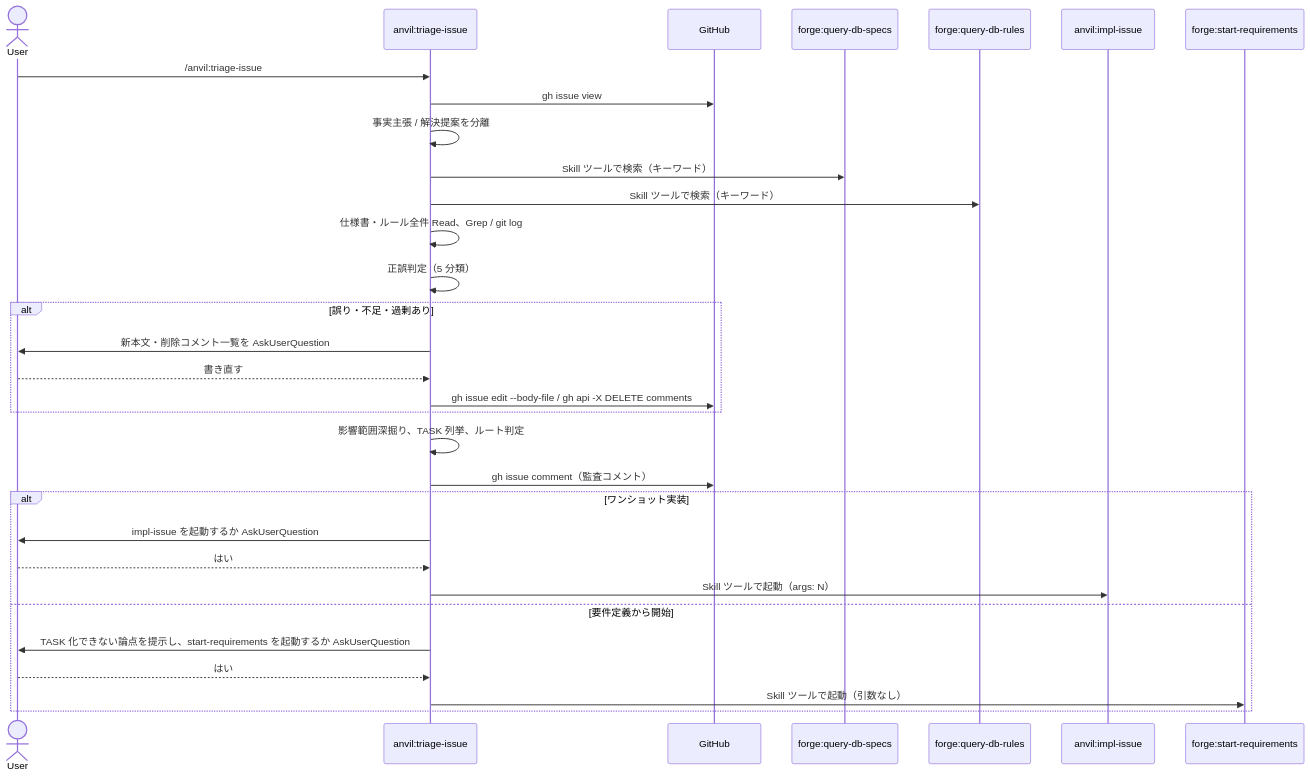
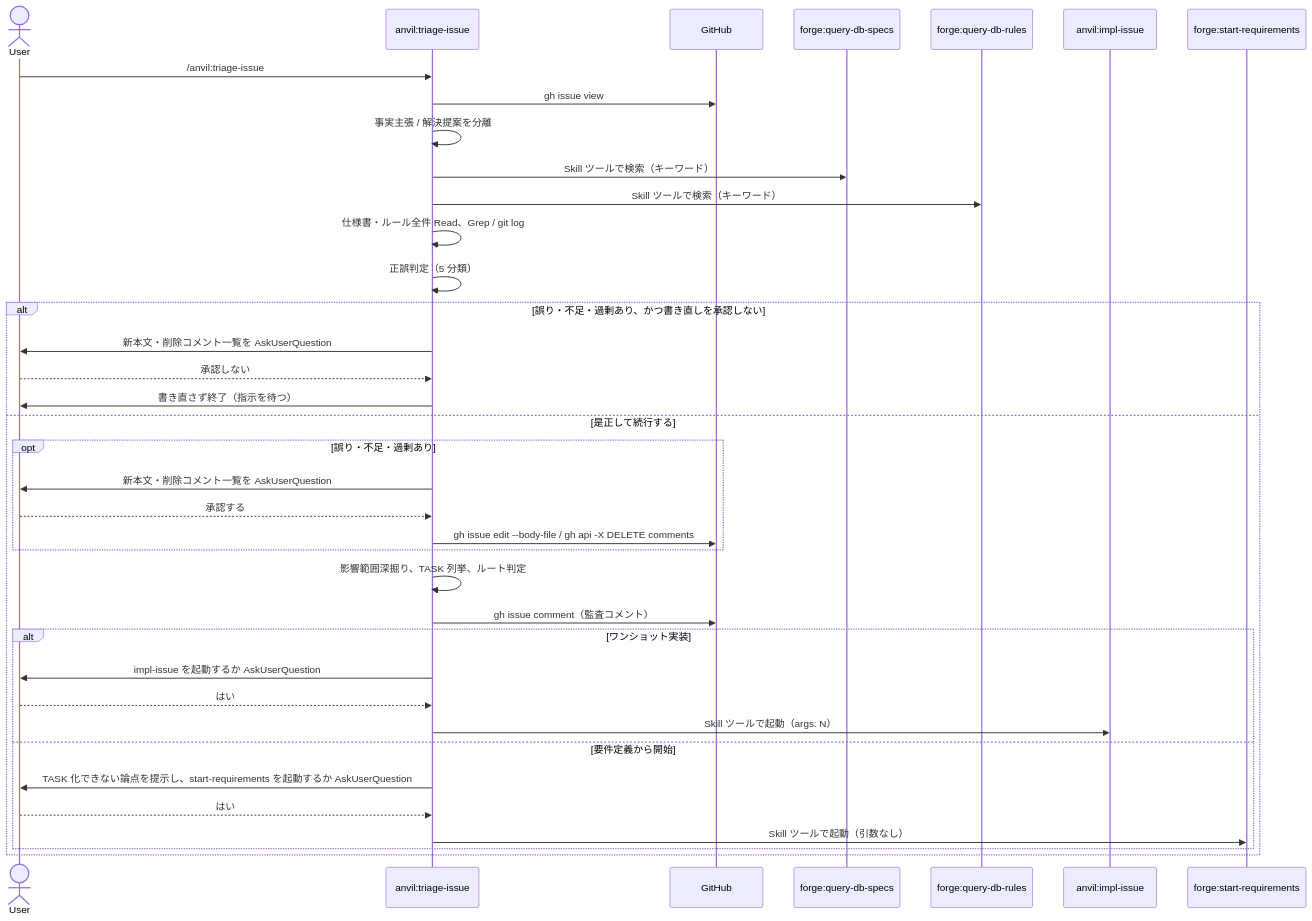
Before and after one commit to BlueEventHorizon/bw-cc-plugins: the second of 4 diagrams in docs/specs/anvil/design/DES-025_issue_driven_flow_design.md, drawn with Mermaid. The commit also changed other lines of this file and 9 other files, not shown here.

````diff
--- a/docs/specs/anvil/design/DES-025_issue_driven_flow_design.md
+++ b/docs/specs/anvil/design/DES-025_issue_driven_flow_design.md
@@ -168,33 +164,39 @@
 ```mermaid
 sequenceDiagram
     actor User
     participant TI as anvil:triage-issue
     participant GH as GitHub
     participant QS as forge:query-db-specs
     participant QR as forge:query-db-rules
     participant II as anvil:impl-issue
     participant SR as forge:start-requirements
     User ->> TI: /anvil:triage-issue #N
     TI ->> GH: gh issue view #N (--comments)
     TI ->> TI: 事実主張 / 解決提案を分離
     TI ->> QS: Skill ツールで検索（キーワード）
     TI ->> QR: Skill ツールで検索（キーワード）
     TI ->> TI: 仕様書・ルール全件 Read、Grep / git log
     TI ->> TI: 正誤判定（5 分類）
-    alt 誤り・不足・過剰あり
+    alt 誤り・不足・過剰あり、かつ書き直しを承認しない
         TI ->> User: 新本文・削除コメント一覧を AskUserQuestion
-        User -->> TI: 書き直す
-        TI ->> GH: gh issue edit --body-file / gh api -X DELETE comments
-    end
-    TI ->> TI: 影響範囲深掘り、TASK 列挙、ルート判定
-    TI ->> GH: gh issue comment（監査コメント）
-    alt ワンショット実装
-        TI ->> User: impl-issue を起動するか AskUserQuestion
-        User -->> TI: はい
-        TI ->> II: Skill ツールで起動（args: N）
-    else 要件定義から開始
-        TI ->> User: TASK 化できない論点を提示し、start-requirements を起動するか AskUserQuestion
-        User -->> TI: はい
-        TI ->> SR: Skill ツールで起動（引数なし）
+        User -->> TI: 承認しない
+        TI ->> User: 書き直さず終了（指示を待つ）
+    else 是正して続行する
+        opt 誤り・不足・過剰あり
+            TI ->> User: 新本文・削除コメント一覧を AskUserQuestion
+            User -->> TI: 承認する
+            TI ->> GH: gh issue edit --body-file / gh api -X DELETE comments
+        end
+        TI ->> TI: 影響範囲深掘り、TASK 列挙、ルート判定
+        TI ->> GH: gh issue comment（監査コメント）
+        alt ワンショット実装
+            TI ->> User: impl-issue を起動するか AskUserQuestion
+            User -->> TI: はい
+            TI ->> II: Skill ツールで起動（args: N）
+        else 要件定義から開始
+            TI ->> User: TASK 化できない論点を提示し、start-requirements を起動するか AskUserQuestion
+            User -->> TI: はい
+            TI ->> SR: Skill ツールで起動（引数なし）
+        end
     end
 ```
````
